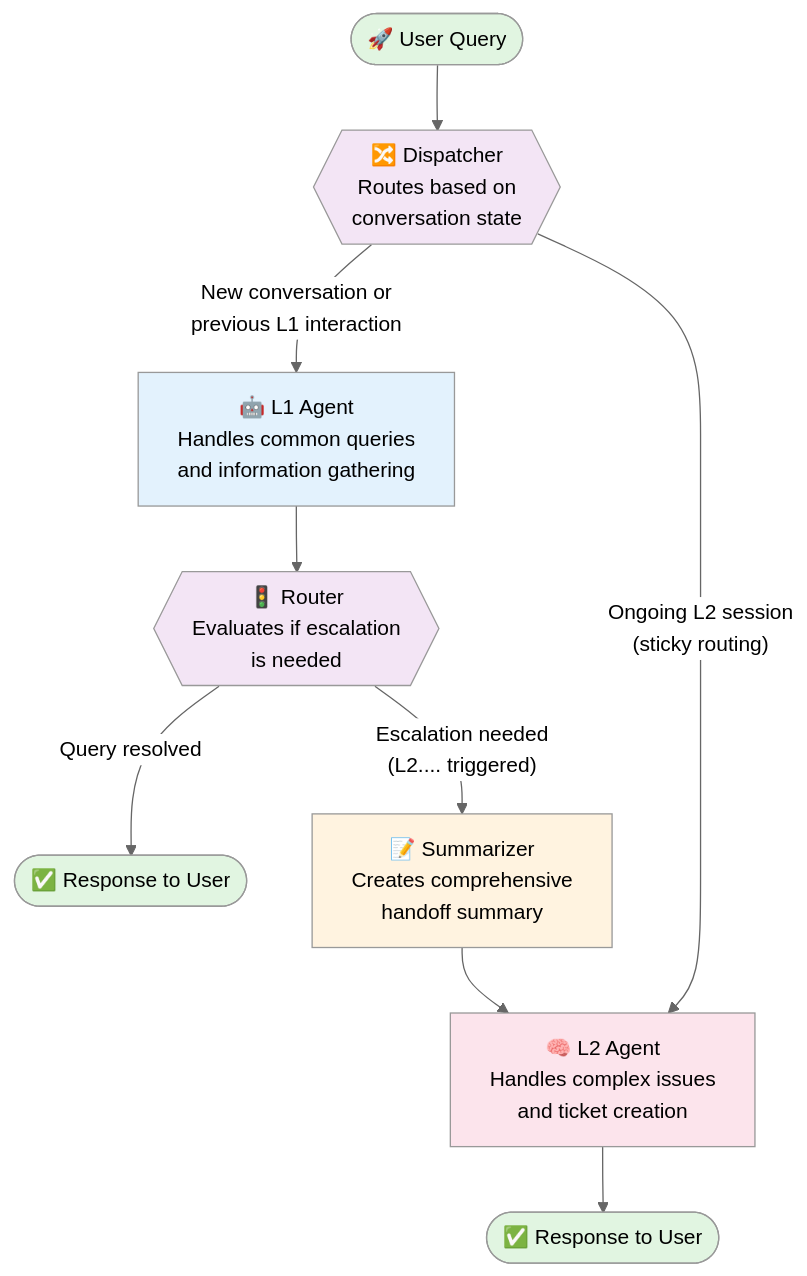
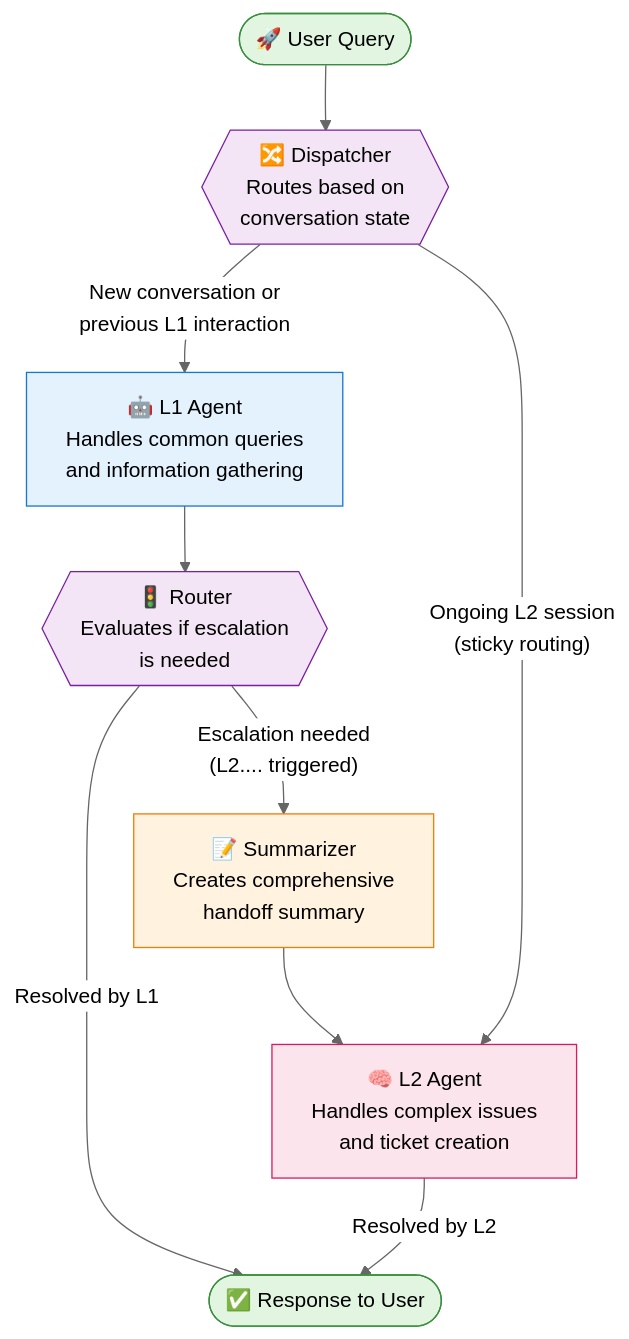
Before and after one commit to AbhaySolanki007/Insurance-helpdesk: the diagram in backend/README.md, drawn with Mermaid (neutral theme). The commit also changed other lines of this file and 13 other files, not shown here.

````diff
--- a/backend/README.md
+++ b/backend/README.md
@@ -23,25 +23,24 @@
 ```mermaid
 graph TD
     Start(["🚀 User Query"]) --> Dispatcher{{"🔀 Dispatcher<br/>Routes based on<br/>conversation state"}}
     
     Dispatcher -->|"New conversation or<br/>previous L1 interaction"| L1["🤖 L1 Agent<br/>Handles common queries<br/>and information gathering"]
     
     Dispatcher -->|"Ongoing L2 session<br/>(sticky routing)"| L2["🧠 L2 Agent<br/>Handles complex issues<br/>and ticket creation"]
     
     L1 --> Router{{"🚦 Router<br/>Evaluates if escalation<br/>is needed"}}
     
-    Router -->|"Query resolved"| End1(["✅ Response to User"])
+    Router -->|"Resolved by L1"| End(["✅ Response to User"])
     Router -->|"Escalation needed<br/>(L2.... triggered)"| Summarizer["📝 Summarizer<br/>Creates comprehensive<br/>handoff summary"]
     
     Summarizer --> L2
-    L2 --> End2(["✅ Response to User"])
+    L2 -->|"Resolved by L2"| End
     
-    style Start fill:#e1f5e1
-    style End1 fill:#e1f5e1
-    style End2 fill:#e1f5e1
-    style L1 fill:#e3f2fd
-    style L2 fill:#fce4ec
-    style Summarizer fill:#fff3e0
-    style Dispatcher fill:#f3e5f5
-    style Router fill:#f3e5f5
+    style Start fill:#e1f5e1,stroke:#388e3c
+    style End fill:#e1f5e1,stroke:#388e3c
+    style L1 fill:#e3f2fd,stroke:#1976d2
+    style L2 fill:#fce4ec,stroke:#d81b60
+    style Summarizer fill:#fff3e0,stroke:#f57c00
+    style Dispatcher fill:#f3e5f5,stroke:#7b1fa2
+    style Router fill:#f3e5f5,stroke:#7b1fa2
 ```
````
